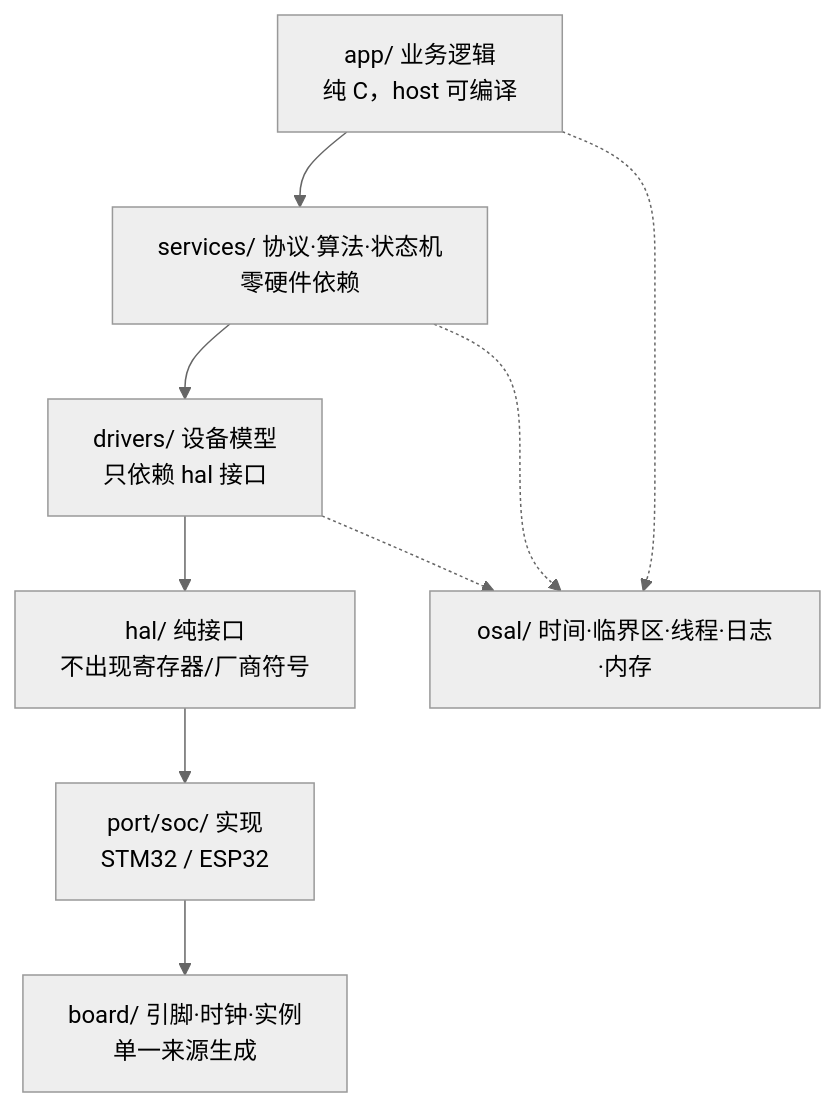
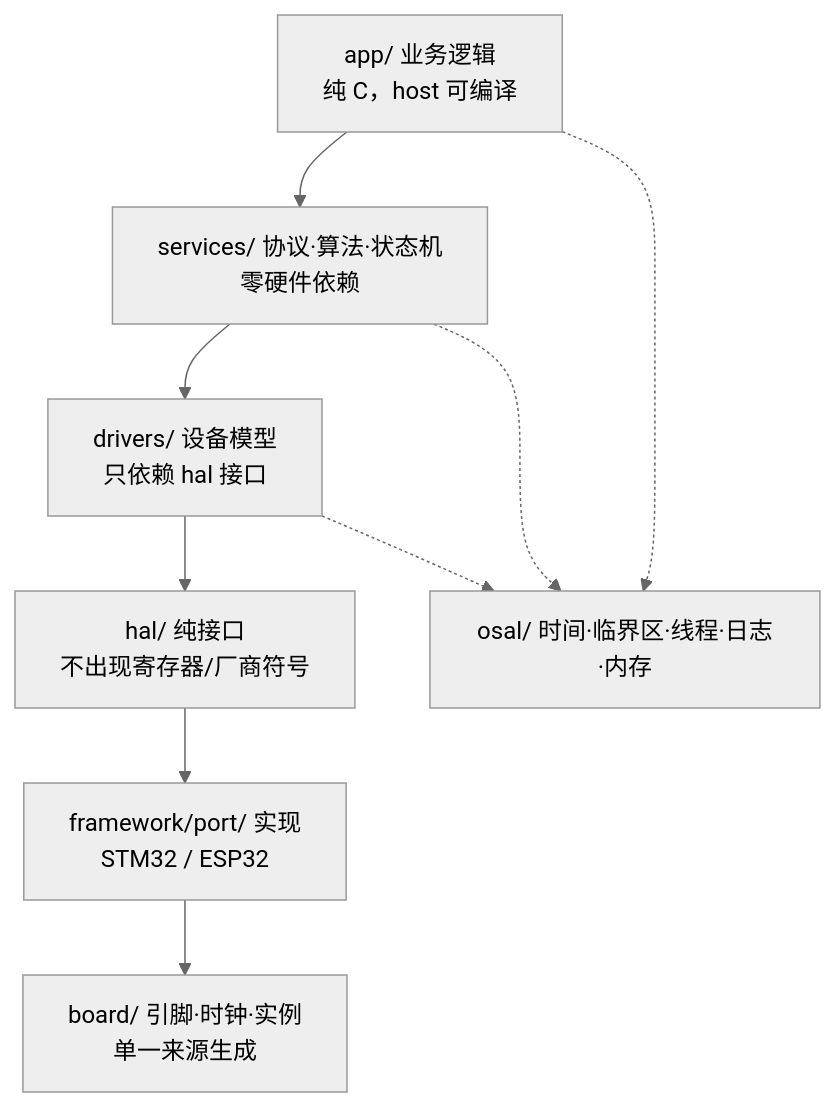
Before and after one commit to Clara-NP/demo: the third of 5 diagrams in docs/design/platform-plan.md, drawn with Mermaid (neutral theme). The commit also changed other lines of this file and 28 other files, not shown here.

````diff
--- a/docs/design/platform-plan.md
+++ b/docs/design/platform-plan.md
@@ -682,11 +684,11 @@
 ```mermaid
 graph TD
   APP["app/ 业务逻辑<br/>纯 C，host 可编译"] --> SVC["services/ 协议·算法·状态机<br/>零硬件依赖"]
   SVC --> DRV["drivers/ 设备模型<br/>只依赖 hal 接口"]
   DRV --> HAL["hal/ 纯接口<br/>不出现寄存器/厂商符号"]
-  HAL --> PORT["port/soc/ 实现<br/>STM32 / ESP32"]
+  HAL --> PORT["framework/port/<soc> 实现<br/>STM32 / ESP32"]
   PORT --> BSP["board/ 引脚·时钟·实例<br/>单一来源生成"]
   APP -.-> OSAL["osal/ 时间·临界区·线程·日志·内存"]
   SVC -.-> OSAL
   DRV -.-> OSAL
 ```
````
